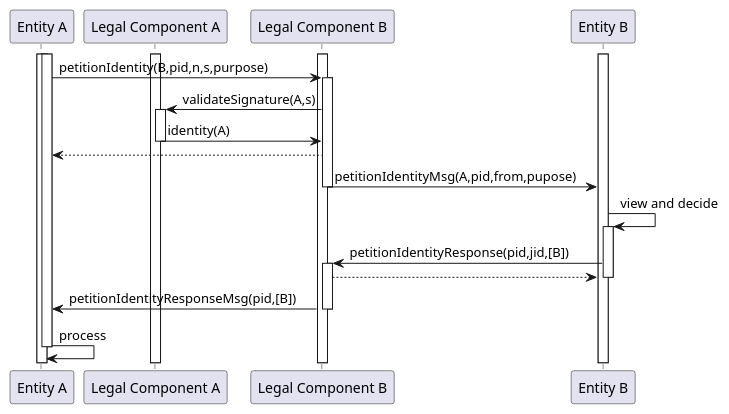
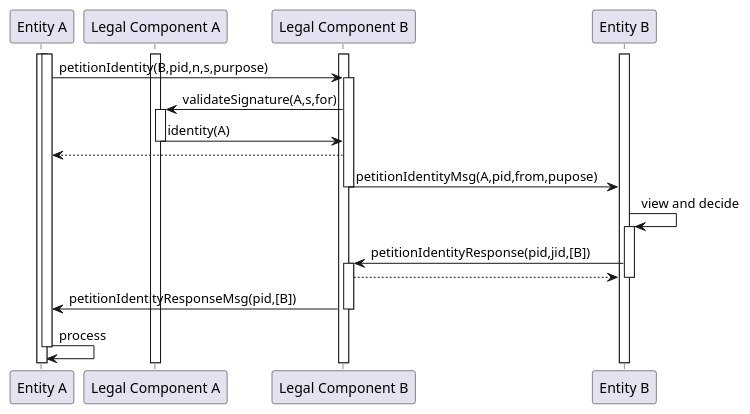
Before and after one commit to Neuro-Foundation/neuro-foundation.io: the second of 5 diagrams in Root/neuro-foundation.io/LegalIdentities.md, drawn with PlantUML. The commit also changed other lines of this file and 6 other files, not shown here.

````diff
--- a/Root/neuro-foundation.io/LegalIdentities.md
+++ b/Root/neuro-foundation.io/LegalIdentities.md
@@ -1090,43 +1101,43 @@
 ```uml
 @startuml
 
 participant "Entity A"
 participant "Legal Component A"
 participant "Legal Component B"
 participant "Entity B"
 
 activate "Entity A"
 activate "Entity B"
 activate "Legal Component A"
 activate "Legal Component B"
 
 activate "Entity A"
 "Entity A" -> "Legal Component B" : petitionIdentity(B,pid,n,s,purpose)
 activate "Legal Component B"
 
-"Legal Component B" -> "Legal Component A" : validateSignature(A,s)
+"Legal Component B" -> "Legal Component A" : validateSignature(A,s,for)
 activate "Legal Component A"
 "Legal Component A" -> "Legal Component B" : identity(A)
 deactivate "Legal Component A"
 
 "Legal Component B" --> "Entity A"
 
 "Legal Component B" -> "Entity B" : petitionIdentityMsg(A,pid,from,pupose)
 deactivate "Legal Component B"
 
 "Entity B" -> "Entity B" : view and decide
 activate "Entity B"
 
 "Entity B" -> "Legal Component B" : petitionIdentityResponse(pid,jid,[B])
 activate "Legal Component B"
 "Legal Component B" --> "Entity B"
 deactivate "Entity B"
 
 "Legal Component B" -> "Entity A" : petitionIdentityResponseMsg(pid,[B])
 deactivate "Legal Component B"
 
 "Entity A" -> "Entity A" : process
 deactivate "Entity A"
 
 @enduml
 ```
````
